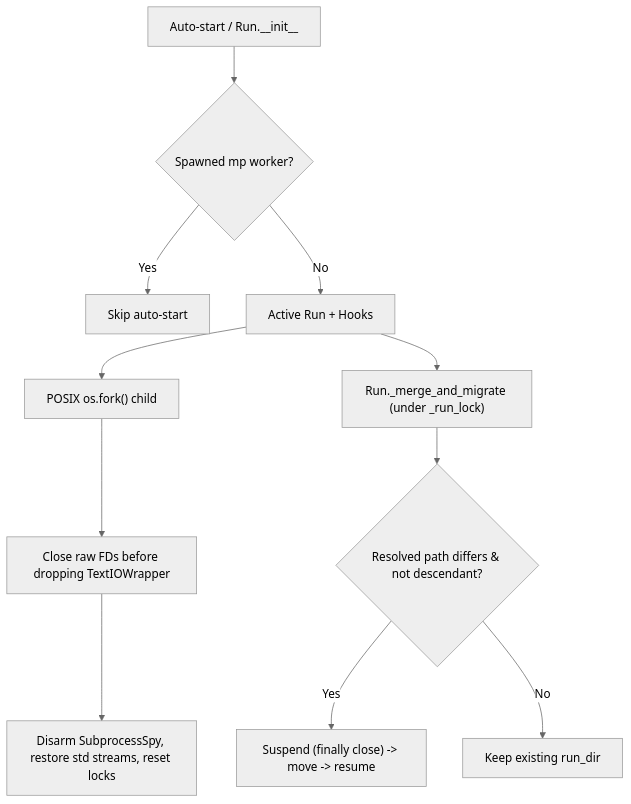
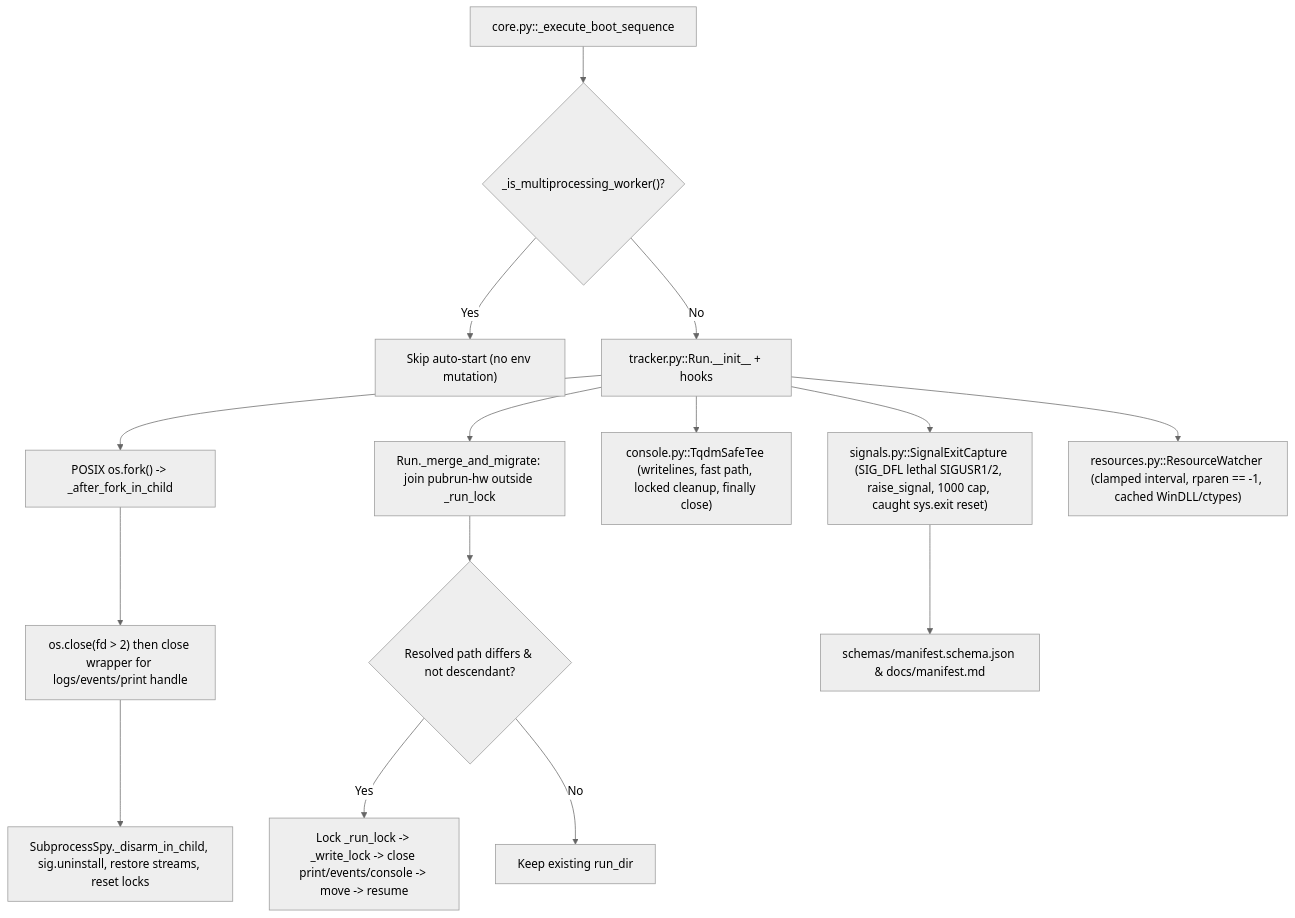
One commit to fariello/pubrun changed the diagram in .aw/records/plans/pending/20261127-assess-8l-02-76z7ww-fork-spawn-signal-console-subprocess-and-lifecycle-resource.ipd.md. Above: the diagram before and after it, drawn with Mermaid (neutral theme). The commit also changed other lines of this file and 1 other file, not shown here.

````diff
--- a/.aw/records/plans/pending/20261127-assess-8l-02-76z7ww-fork-spawn-signal-console-subprocess-and-lifecycle-resource.ipd.md
+++ b/.aw/records/plans/pending/20261127-assess-8l-02-76z7ww-fork-spawn-signal-console-subprocess-and-lifecycle-resource.ipd.md
@@ -32,13 +34,17 @@
 ```mermaid
 flowchart TD
-    BOOT["Auto-start / Run.__init__"] --> SPAWN{"Spawned mp worker?"}
-    SPAWN -->|Yes| SKIP["Skip auto-start"]
-    SPAWN -->|No| RUN["Active Run + Hooks"]
-    RUN --> FORK["POSIX os.fork() child"]
-    FORK --> CLOSEFD["Close raw FDs before dropping TextIOWrapper"]
-    CLOSEFD --> DISARM["Disarm SubprocessSpy, restore std streams, reset locks"]
-    RUN --> MIG["Run._merge_and_migrate (under _run_lock)"]
+    BOOT["core.py::_execute_boot_sequence"] --> SPAWN{"_is_multiprocessing_worker()?"}
+    SPAWN -->|Yes| SKIP["Skip auto-start (no env mutation)"]
+    SPAWN -->|No| RUN["tracker.py::Run.__init__ + hooks"]
+    RUN --> FORK["POSIX os.fork() -> _after_fork_in_child"]
+    FORK --> CLOSEFD["os.close(fd > 2) then close wrapper for logs/events/print handle"]
+    CLOSEFD --> DISARM["SubprocessSpy._disarm_in_child, sig.uninstall, restore streams, reset locks"]
+    RUN --> MIG["Run._merge_and_migrate: join pubrun-hw outside _run_lock"]
     MIG --> RES{"Resolved path differs & not descendant?"}
-    RES -->|Yes| MOVE["Suspend (finally close) -> move -> resume"]
+    RES -->|Yes| MOVE["Lock _run_lock -> _write_lock -> close print/events/console -> move -> resume"]
     RES -->|No| NOOP["Keep existing run_dir"]
+    RUN --> CON["console.py::TqdmSafeTee (writelines, fast path, locked cleanup, finally close)"]
+    RUN --> SIG["signals.py::SignalExitCapture (SIG_DFL lethal SIGUSR1/2, raise_signal, 1000 cap, caught sys.exit reset)"]
+    SIG --> SCH["schemas/manifest.schema.json & docs/manifest.md"]
+    RUN --> RESW["resources.py::ResourceWatcher (clamped interval, rparen == -1, cached WinDLL/ctypes)"]
 ```
````
